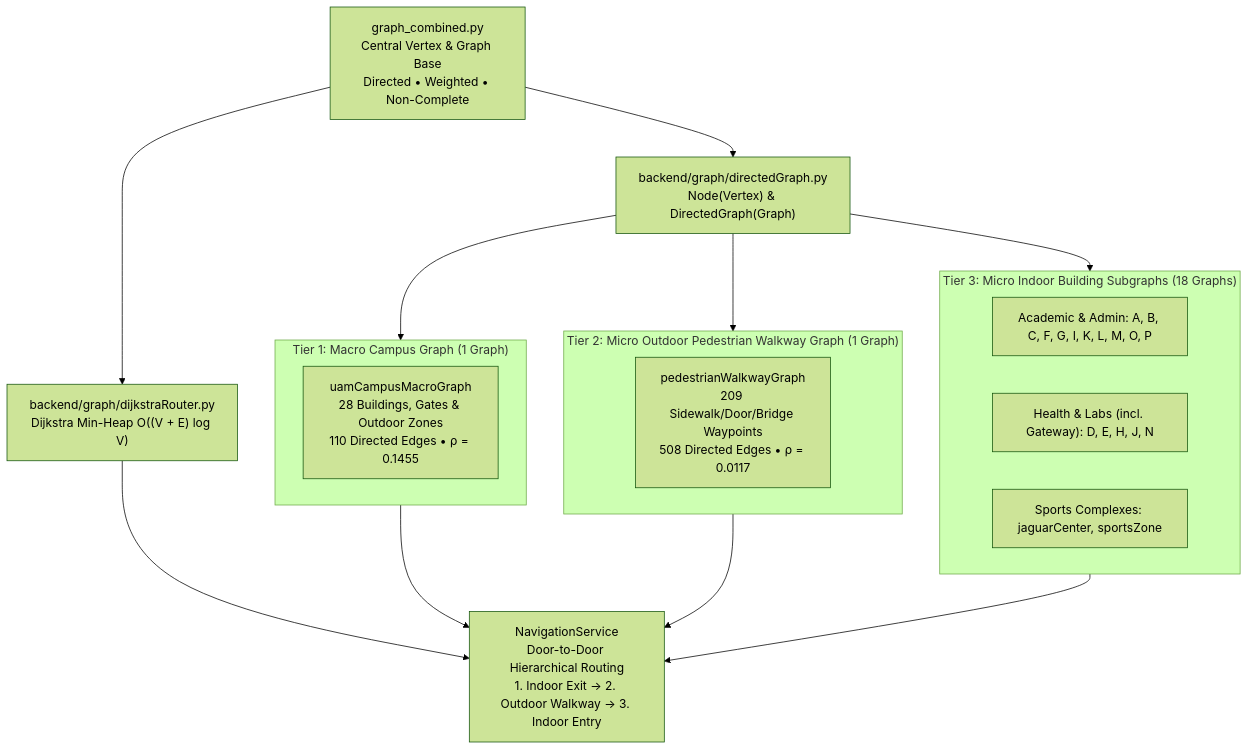
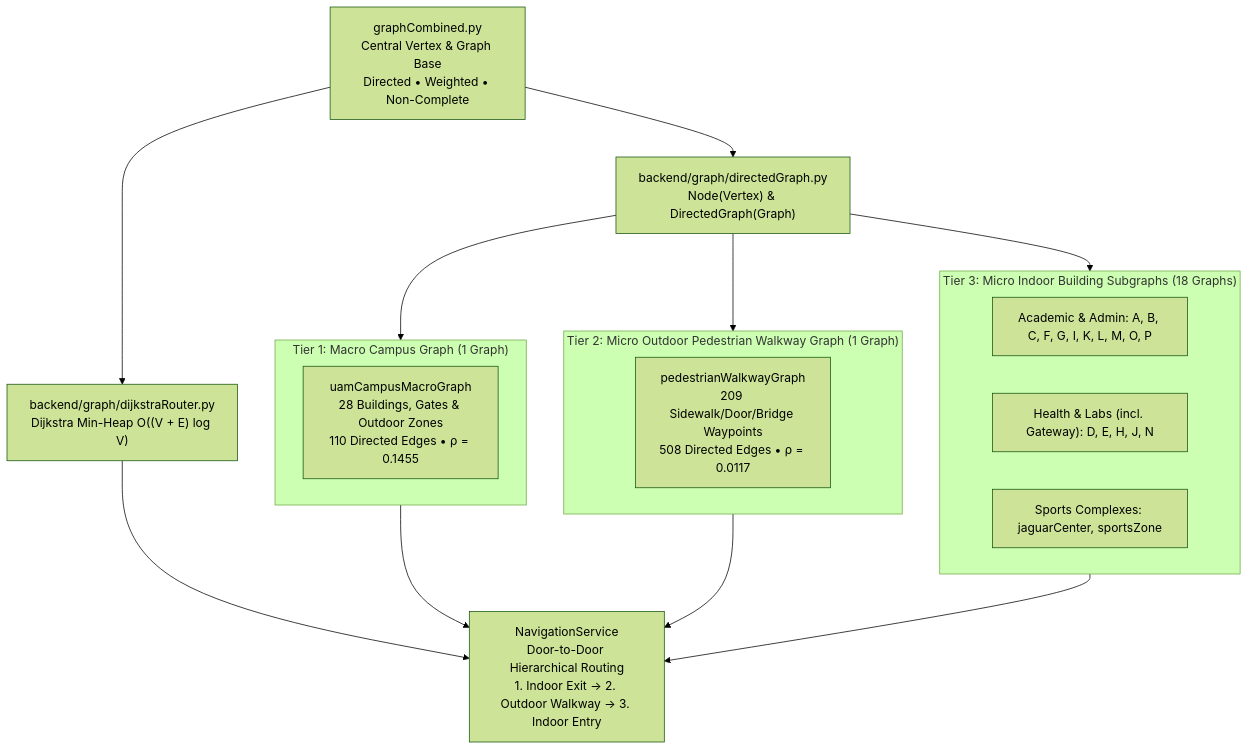
One commit to camijavi/python_flask_jaguar_find changed the second of 2 diagrams in docs/GRAPH_STRUCTURES.md. Above: the diagram before and after it, drawn with Mermaid (forest theme). The commit also changed other lines of this file and 15 other files, not shown here.

First line of the commit message:
Refactor graph structure and update documentation

````diff
--- a/docs/GRAPH_STRUCTURES.md
+++ b/docs/GRAPH_STRUCTURES.md
@@ -160,32 +160,32 @@
 ```mermaid
 flowchart TD
-    CORE["graph_combined.py\nCentral Vertex & Graph Base\nDirected • Weighted • Non-Complete"]
+    CORE["graphCombined.py\nCentral Vertex & Graph Base\nDirected • Weighted • Non-Complete"]
     DG["backend/graph/directedGraph.py\nNode(Vertex) & DirectedGraph(Graph)"]
     DIJ["backend/graph/dijkstraRouter.py\nDijkstra Min-Heap O((V + E) log V)"]
 
     CORE --> DG
     CORE --> DIJ
     DG --> T1
     DG --> T2
     DG --> T3
 
     subgraph T1["Tier 1: Macro Campus Graph (1 Graph)"]
         M["uamCampusMacroGraph\n28 Buildings, Gates & Outdoor Zones\n110 Directed Edges • ρ = 0.1455"]
     end
 
     subgraph T2["Tier 2: Micro Outdoor Pedestrian Walkway Graph (1 Graph)"]
         W["pedestrianWalkwayGraph\n209 Sidewalk/Door/Bridge Waypoints\n508 Directed Edges • ρ = 0.0117"]
     end
 
     subgraph T3["Tier 3: Micro Indoor Building Subgraphs (18 Graphs)"]
         SG1["Academic & Admin: A, B, C, F, G, I, K, L, M, O, P"]
         SG2["Health & Labs (incl. Gateway): D, E, H, J, N"]
         SG3["Sports Complexes: jaguarCenter, sportsZone"]
     end
 
     NAV["NavigationService\nDoor-to-Door Hierarchical Routing\n1. Indoor Exit -> 2. Outdoor Walkway -> 3. Indoor Entry"]
     T1 --> NAV
     T2 --> NAV
     T3 --> NAV
     DIJ --> NAV
 ```
````
